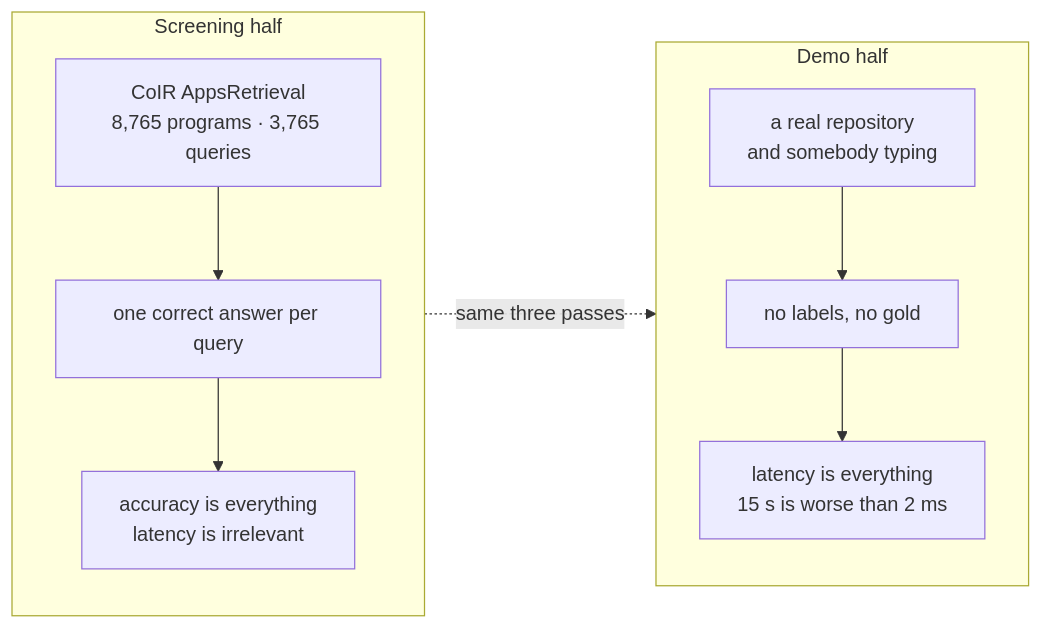
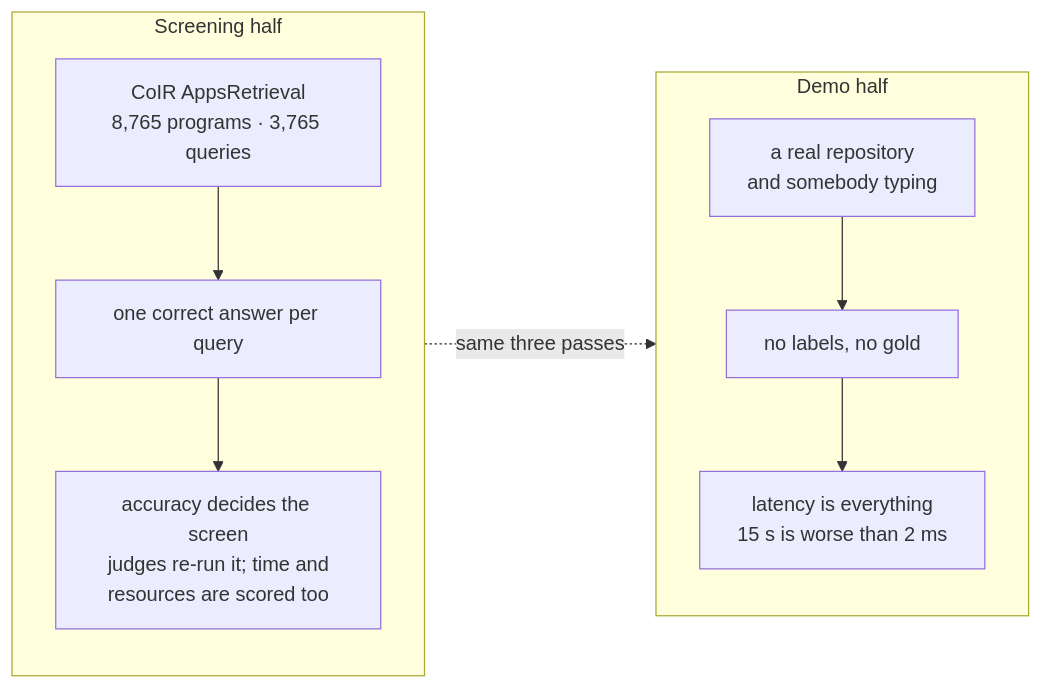
One commit to krizz711/CodeDoctor-Agentic-Semantic-and-Structural-Intelligence-for-Code-Repositories changed the first of 4 diagrams in README.md. Above: the diagram before and after it, drawn with Mermaid. The commit also changed other lines of this file and 4 other files, not shown here.

````diff
--- a/README.md
+++ b/README.md
@@ -44,18 +44,18 @@
 ```mermaid
 flowchart LR
   subgraph S["Screening half"]
     direction TB
     S1["CoIR AppsRetrieval<br/>8,765 programs · 3,765 queries"]
     S2["one correct answer per query"]
-    S3["accuracy is everything<br/>latency is irrelevant"]
+    S3["accuracy decides the screen<br/>judges re-run it; time and<br/>resources are scored too"]
     S1 --> S2 --> S3
   end
   subgraph D["Demo half"]
     direction TB
     D1["a real repository<br/>and somebody typing"]
     D2["no labels, no gold"]
     D3["latency is everything<br/>15 s is worse than 2 ms"]
     D1 --> D2 --> D3
   end
   S -.->|same three passes| D
 ```
````
